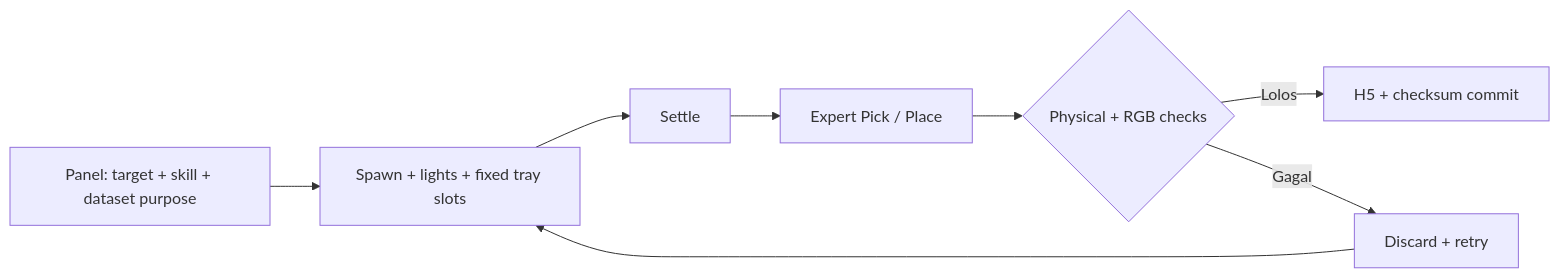
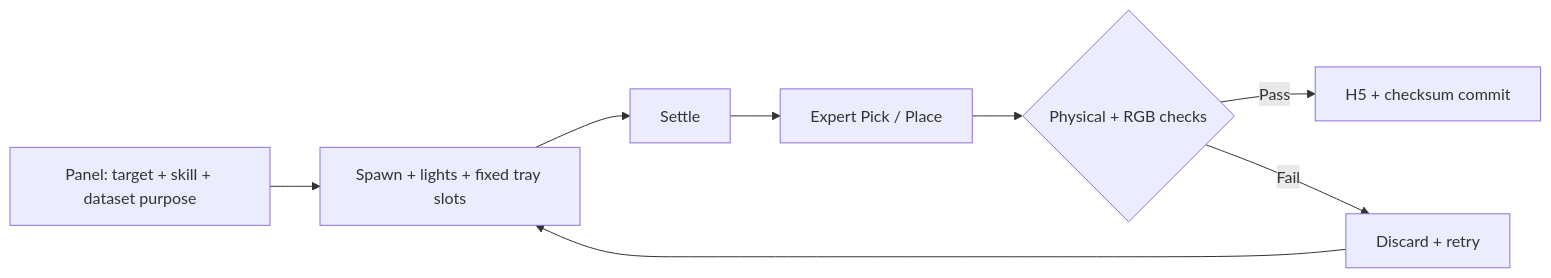
One commit to angelinemar/NSTC-Surgical-Instrument-Pick-Place changed the first of 2 diagrams in docs/RECORDER.md. Above: the diagram before and after it, drawn with Mermaid. The commit also changed other lines of this file and 10 other files, not shown here.

Commit message:
Translate reader-facing documentation and diagrams into English

````diff
--- a/docs/RECORDER.md
+++ b/docs/RECORDER.md
@@ -5,10 +5,10 @@
 ```mermaid
 flowchart LR
     A["Panel: target + skill + dataset purpose"] --> B["Spawn + lights + fixed tray slots"]
     B --> C["Settle"]
     C --> D["Expert Pick / Place"]
     D --> E{"Physical + RGB checks"}
-    E -->|Lolos| F["H5 + checksum commit"]
-    E -->|Gagal| G["Discard + retry"]
+    E -->|Pass| F["H5 + checksum commit"]
+    E -->|Fail| G["Discard + retry"]
     G --> B
 ```
````
